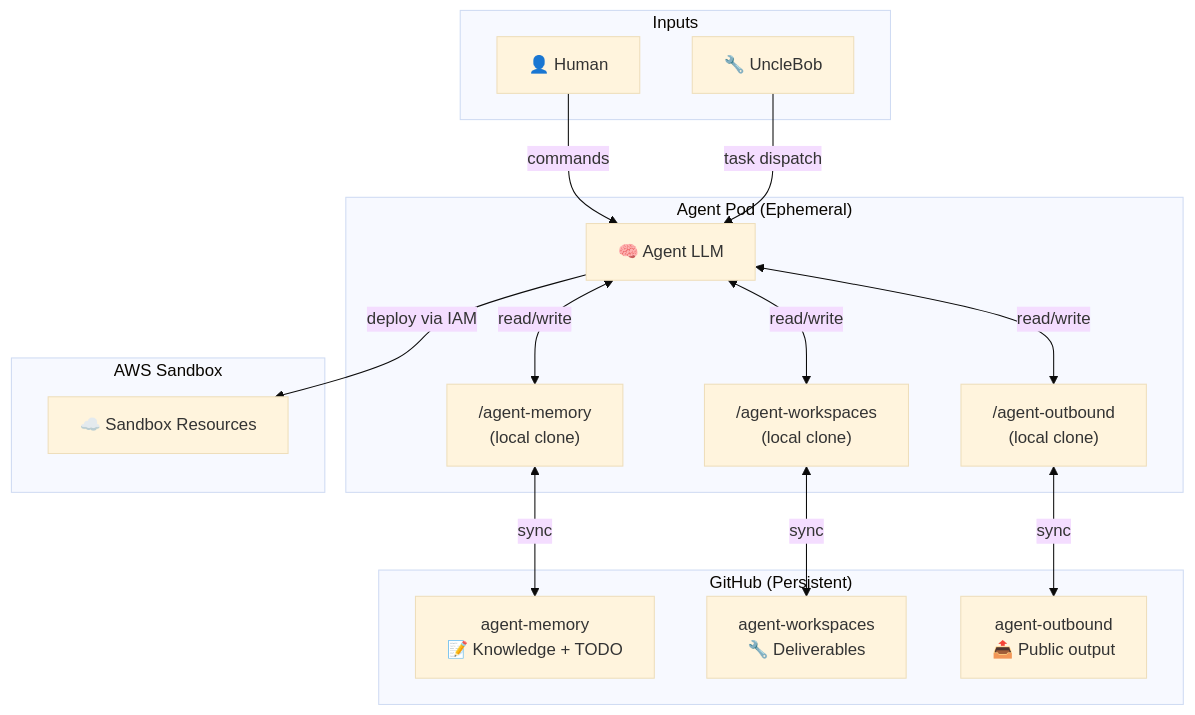
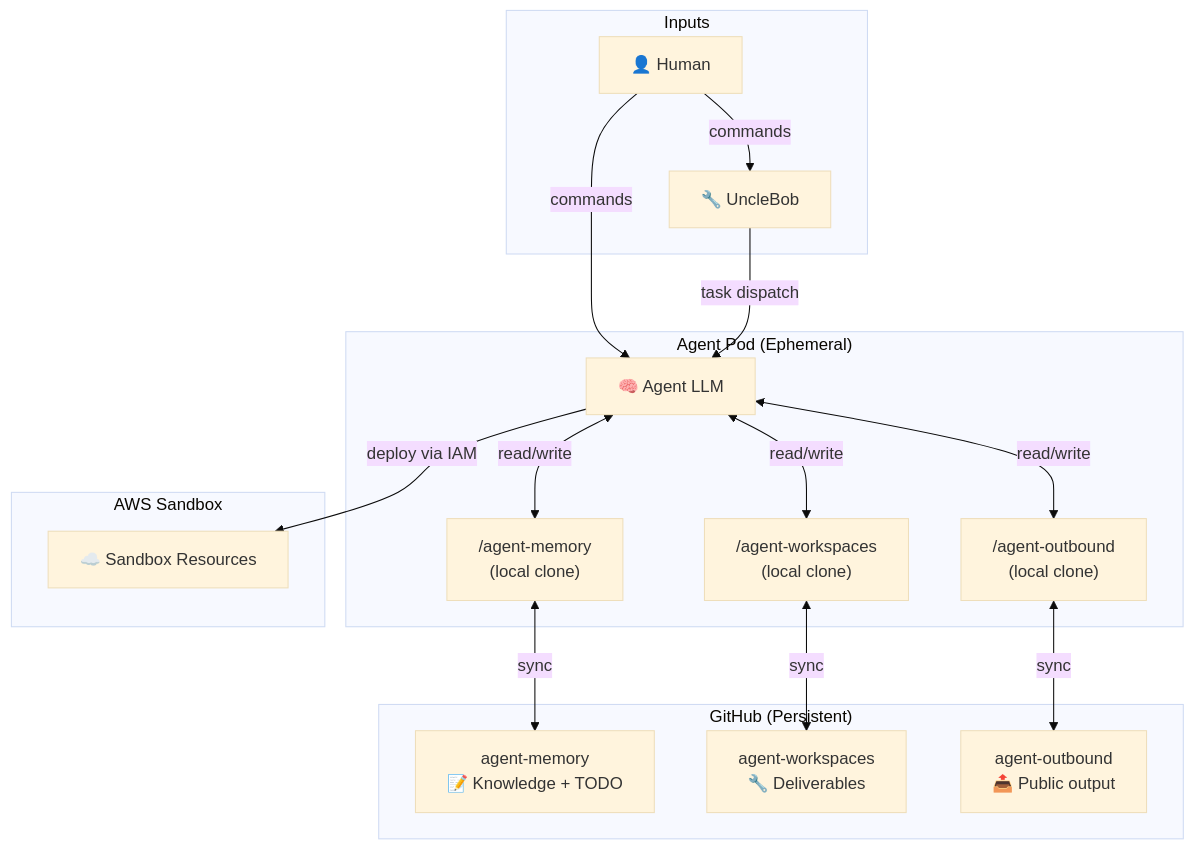
Diagram 11 of 11 in worker-agent-workflow.md (juntinyeh-worker/agent-outbound), drawn with Mermaid (base theme) before and after one commit.

Commit message:
docs: add Human → UncleBob arrow in data flow summary

````diff
--- a/worker-agent-workflow.md
+++ b/worker-agent-workflow.md
@@ -362,37 +362,38 @@
 ```mermaid
 graph TB
     subgraph "Agent Pod (Ephemeral)"
         BRAIN["🧠 Agent LLM"]
         LOCAL_MEM["/agent-memory<br/>(local clone)"]
         LOCAL_WS["/agent-workspaces<br/>(local clone)"]
         LOCAL_OUT["/agent-outbound<br/>(local clone)"]
     end
 
     subgraph "GitHub (Persistent)"
         GIT_MEM["agent-memory<br/>📝 Knowledge + TODO"]
         GIT_WS["agent-workspaces<br/>🔧 Deliverables"]
         GIT_OUT["agent-outbound<br/>📤 Public output"]
     end
 
     subgraph "Inputs"
         HUMAN["👤 Human"]
         ADMIN["🔧 UncleBob"]
     end
 
     subgraph "AWS Sandbox"
         SANDBOX["☁️ Sandbox Resources"]
     end
 
     HUMAN -->|"commands"| BRAIN
+    HUMAN -->|"commands"| ADMIN
     ADMIN -->|"task dispatch"| BRAIN
 
     BRAIN <-->|"read/write"| LOCAL_MEM
     BRAIN <-->|"read/write"| LOCAL_WS
     BRAIN <-->|"read/write"| LOCAL_OUT
 
     LOCAL_MEM <-->|"sync"| GIT_MEM
     LOCAL_WS <-->|"sync"| GIT_WS
     LOCAL_OUT <-->|"sync"| GIT_OUT
 
     BRAIN -->|"deploy via IAM"| SANDBOX
 ```
````
